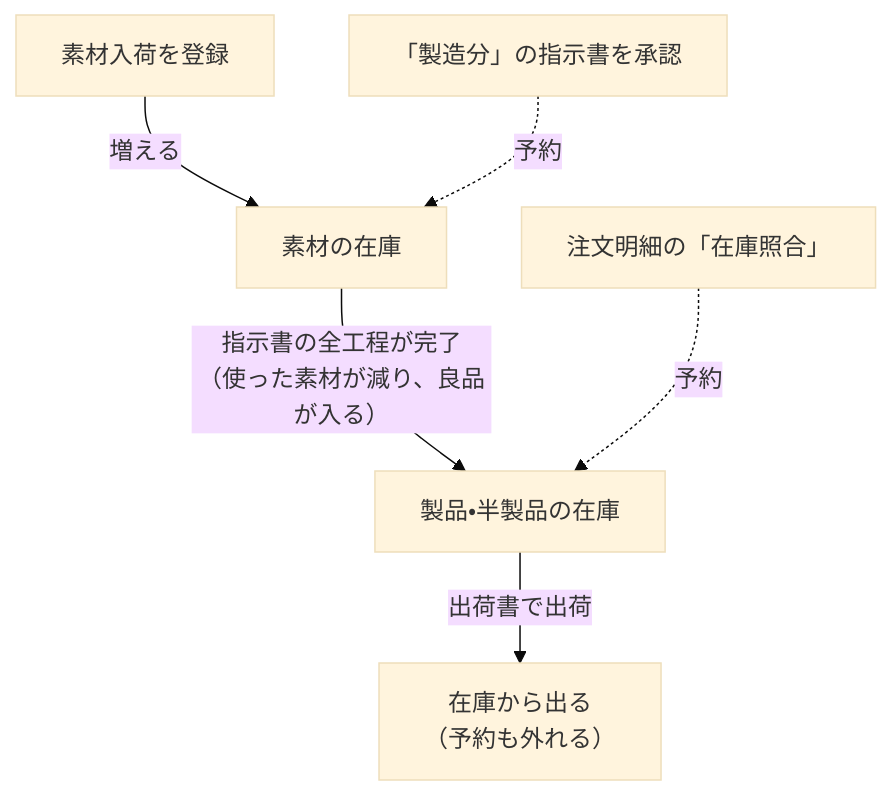
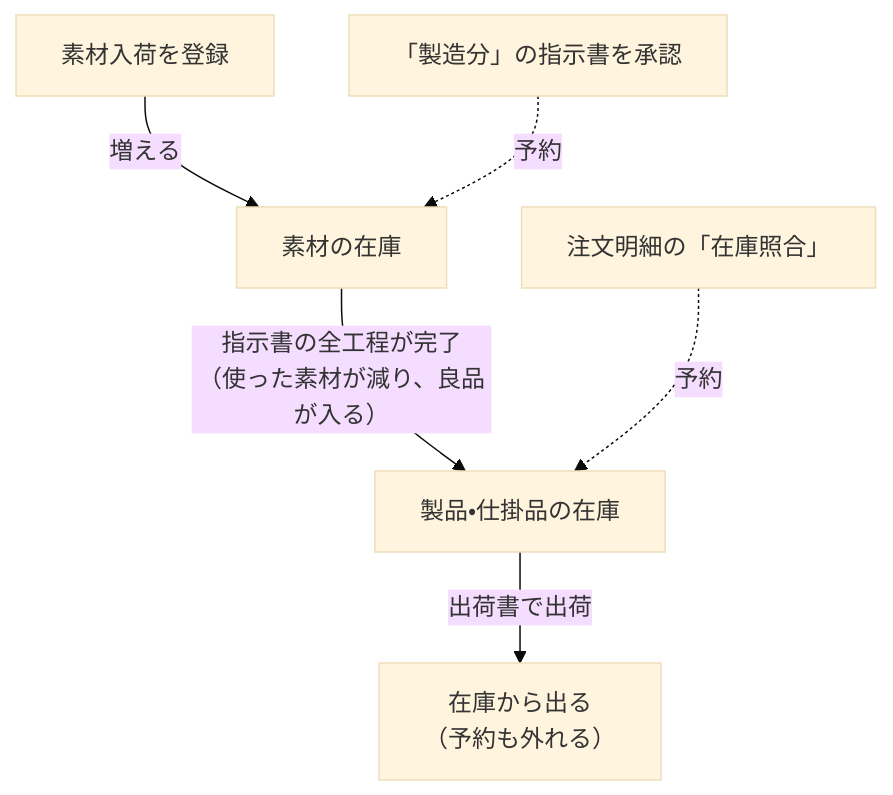
One commit to Kuisin/ckk-tool-v3 changed the diagram in coolify/apps/nextjs-web/content/manual/operations/inventory/inventory-management/user.md. Above: the diagram before and after it, drawn with Mermaid (base theme). The commit also changed other lines of this file and 31 other files, not shown here.

````diff
--- a/coolify/apps/nextjs-web/content/manual/operations/inventory/inventory-management/user.md
+++ b/coolify/apps/nextjs-web/content/manual/operations/inventory/inventory-management/user.md
@@ -55,8 +60,8 @@
 ```mermaid
 flowchart TD
   rcpt["素材入荷を登録"] -->|"増える"| mat["素材の在庫"]
-  mat -->|"指示書の全工程が完了<br/>（使った素材が減り、良品が入る）"| prod["製品・半製品の在庫"]
+  mat -->|"指示書の全工程が完了<br/>（使った素材が減り、良品が入る）"| prod["製品・仕掛品の在庫"]
   prod -->|"出荷書で出荷"| out["在庫から出る<br/>（予約も外れる）"]
   appr["「製造分」の指示書を承認"] -.->|"予約"| mat
   chk["注文明細の「在庫照合」"] -.->|"予約"| prod
 ```
````
